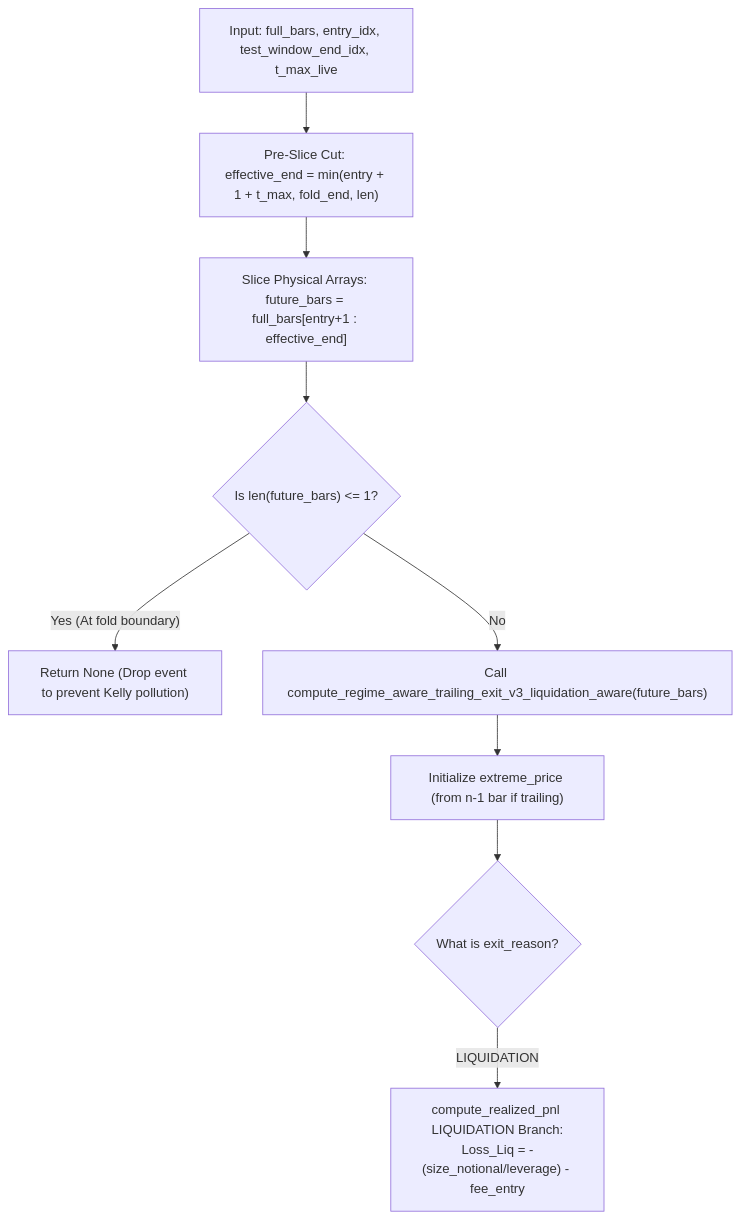
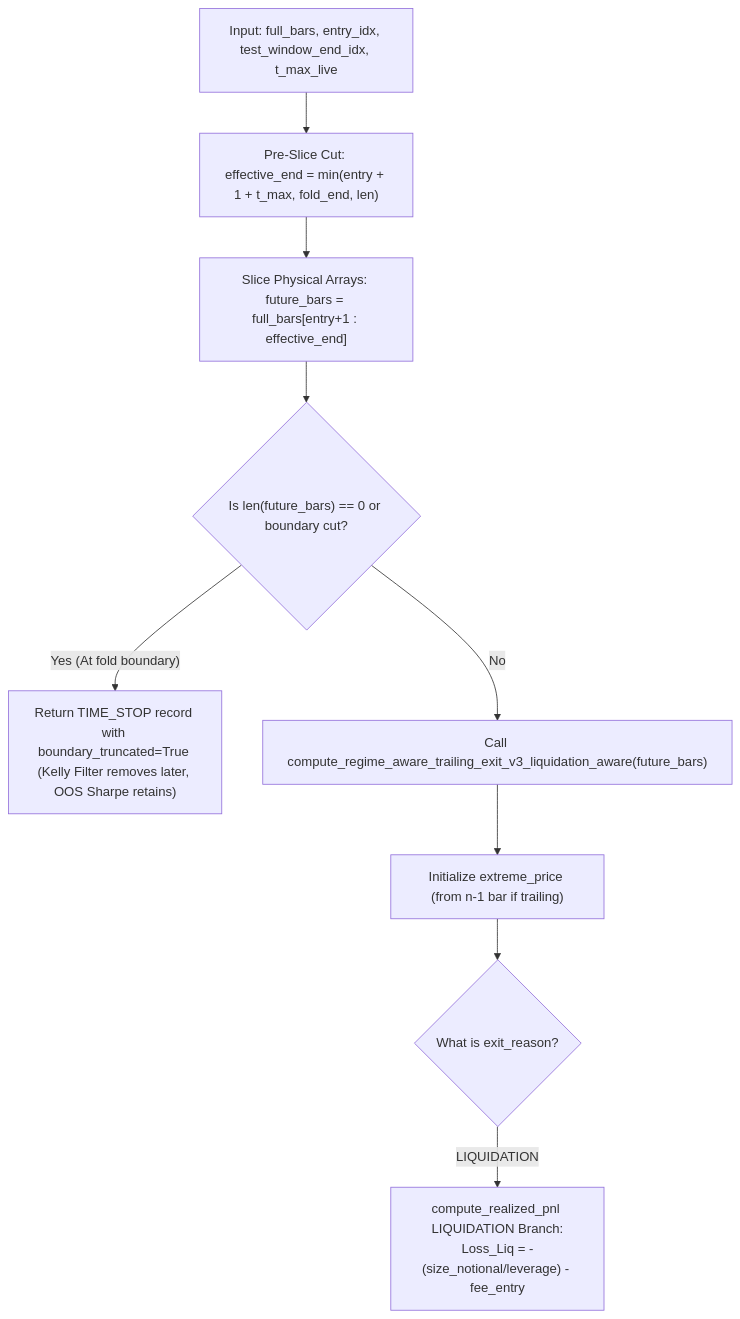
Before and after one commit to hoangcongly/1907TacticalAI: the ninth of 17 diagrams in docs/engineering_audit_and_explanation_report.md, drawn with Mermaid. The commit also changed other lines of this file and 47 other files, not shown here.

Commit message:
feat(aegis): phase 2 architecture remediation - signal engine (B), circuit breaker (J), zero-leakage guards & 102 test cases

````diff
--- a/docs/engineering_audit_and_explanation_report.md
+++ b/docs/engineering_audit_and_explanation_report.md
@@ -802,14 +811,14 @@
 ```mermaid
 flowchart TD
     Input["Input: full_bars, entry_idx, test_window_end_idx, t_max_live"] --> PreSlice["Pre-Slice Cut: effective_end = min(entry + 1 + t_max, fold_end, len)"]
     PreSlice --> SliceArr["Slice Physical Arrays: future_bars = full_bars[entry+1 : effective_end]"]
     
-    SliceArr --> CheckZero{"Is len(future_bars) <= 1?"}
-    CheckZero -->|"Yes (At fold boundary)"| InstantExit["Return None (Drop event to prevent Kelly pollution)"]
+    SliceArr --> CheckZero{"Is len(future_bars) == 0 or boundary cut?"}
+    CheckZero -->|"Yes (At fold boundary)"| BoundaryRecord["Return TIME_STOP record with boundary_truncated=True (Kelly Filter removes later, OOS Sharpe retains)"]
     
     CheckZero -->|No| CallV3["Call compute_regime_aware_trailing_exit_v3_liquidation_aware(future_bars)"]
     CallV3 --> InitExtreme["Initialize extreme_price (from n-1 bar if trailing)"]
     
     InitExtreme --> CheckReason{"What is exit_reason?"}
     CheckReason -->|LIQUIDATION| LiqPnL["compute_realized_pnl LIQUIDATION Branch:<br/>Loss_Liq = -(size_notional/leverage) - fee_entry"]
 ```
````
